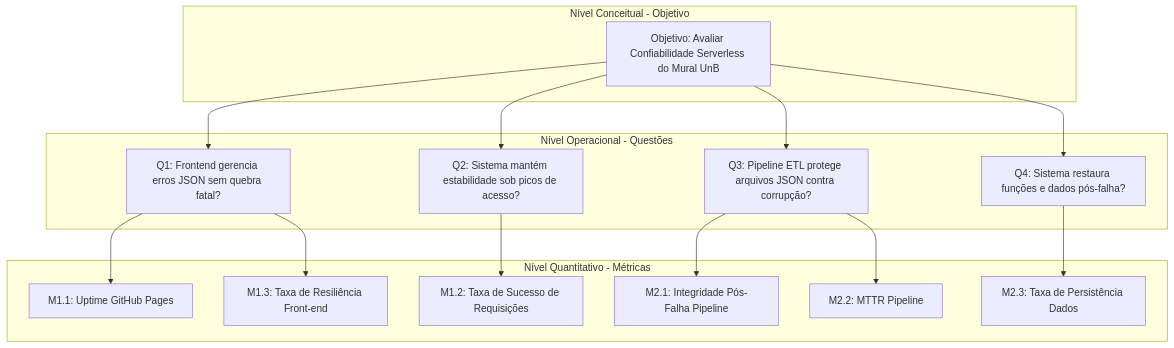
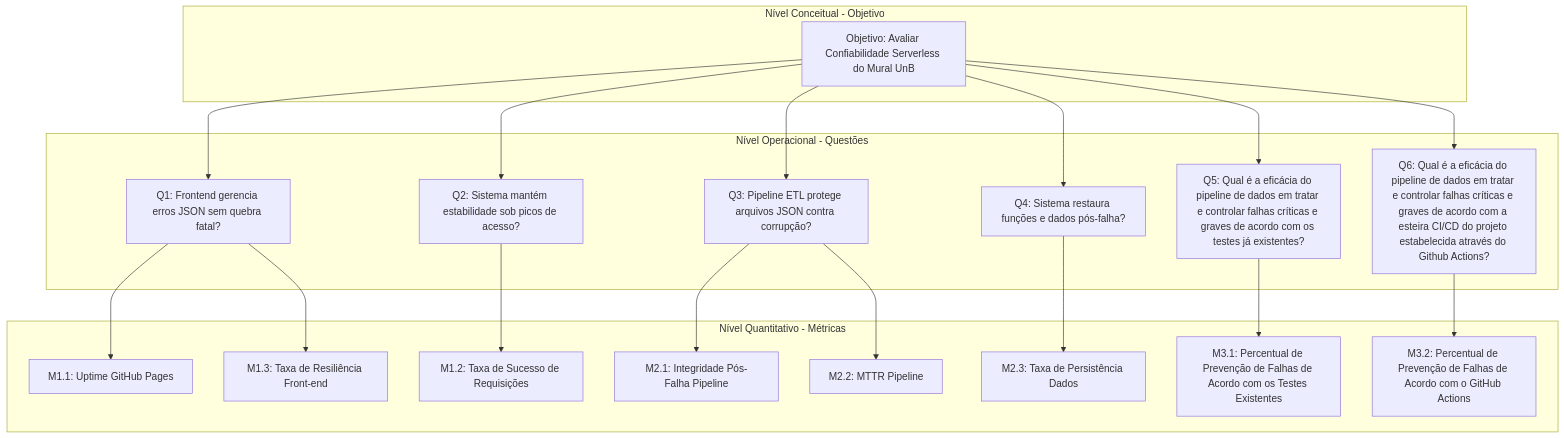
One commit to FCTE-Qualidade-de-Software-1/2026-1_T02_ROBERTA_WILLIAMS changed the diagram in docs/fase2/confiabilidade.md. Above: the diagram before and after it, drawn with Mermaid. The commit also changed other lines of this file, not shown here.

````diff
--- a/docs/fase2/confiabilidade.md
+++ b/docs/fase2/confiabilidade.md
@@ -109,34 +107,41 @@
 ```mermaid
 graph TD
     subgraph Nivel_Conceitual [Nível Conceitual - Objetivo]
         O[Objetivo: Avaliar Confiabilidade Serverless do Mural UnB]
     end
 
     subgraph Nivel_Operacional [Nível Operacional - Questões]
         Q1[Q1: Frontend gerencia erros JSON sem quebra fatal?]
         Q2[Q2: Sistema mantém estabilidade sob picos de acesso?]
         Q3[Q3: Pipeline ETL protege arquivos JSON contra corrupção?]
         Q4[Q4: Sistema restaura funções e dados pós-falha?]
+        Q5[Q5: Qual é a eficácia do pipeline de dados em tratar e controlar falhas críticas e graves de acordo com os testes já existentes?]
+        Q6[Q6: Qual é a eficácia do pipeline de dados em tratar e controlar falhas críticas e graves de acordo com a esteira CI/CD do projeto estabelecida através do Github Actions?]
     end
 
     subgraph Nivel_Quantitativo [Nível Quantitativo - Métricas]
         M1_1[M1.1: Uptime GitHub Pages]
         M1_2[M1.2: Taxa de Sucesso de Requisições]
         M1_3[M1.3: Taxa de Resiliência Front-end]
         M2_1[M2.1: Integridade Pós-Falha Pipeline]
         M2_2[M2.2: MTTR Pipeline]
-        M2_3[M2.3: Taxa de Persistência Dados]
+        M2_3[M2.3: Taxa de Persistência Dados]    
+        M3_1[M3.1: Percentual de Prevenção de Falhas de Acordo com os Testes Existentes]
+        M3_2[M3.2: Percentual de Prevenção de Falhas de Acordo com o GitHub Actions]
     end
 
     O --> Q1
     O --> Q2
     O --> Q3
     O --> Q4
+    O --> Q5
+    O --> Q6
     Q1 --> M1_1
     Q1 --> M1_3
     Q2 --> M1_2
     Q3 --> M2_1
     Q3 --> M2_2
     Q4 --> M2_3
-
+    Q5 --> M3_1
+    Q6 --> M3_2
 ```
````
